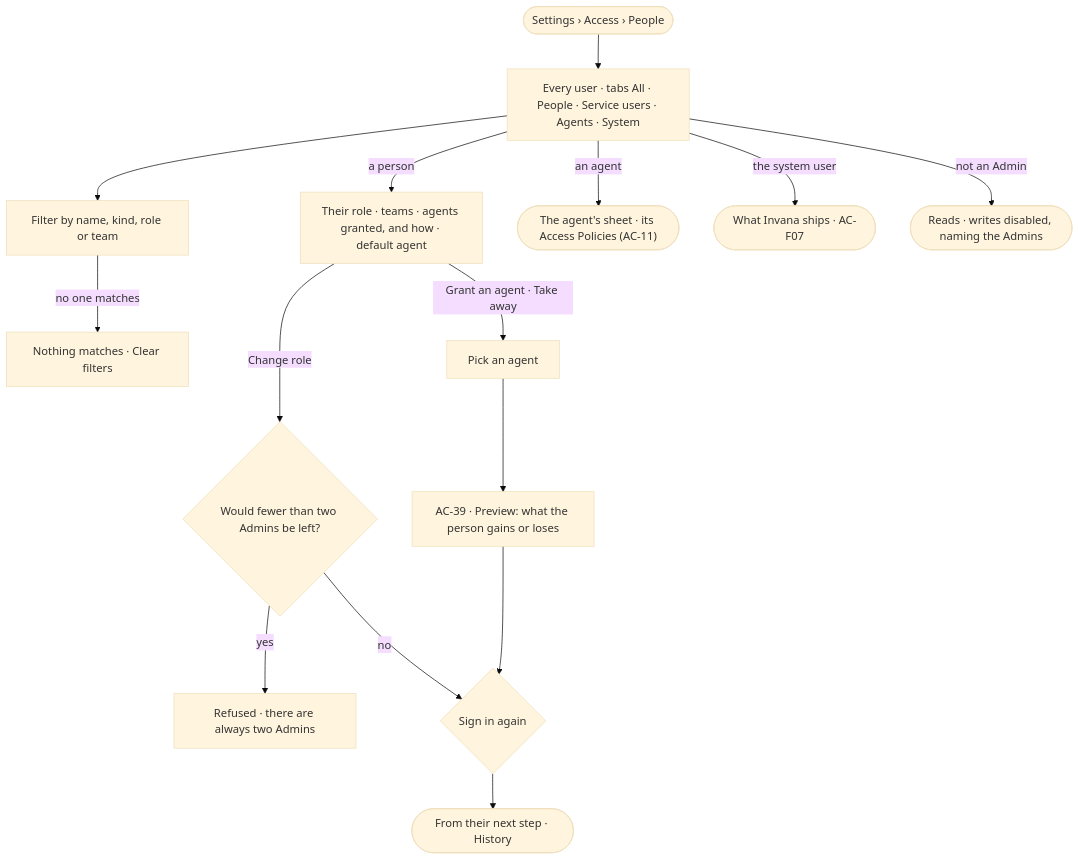
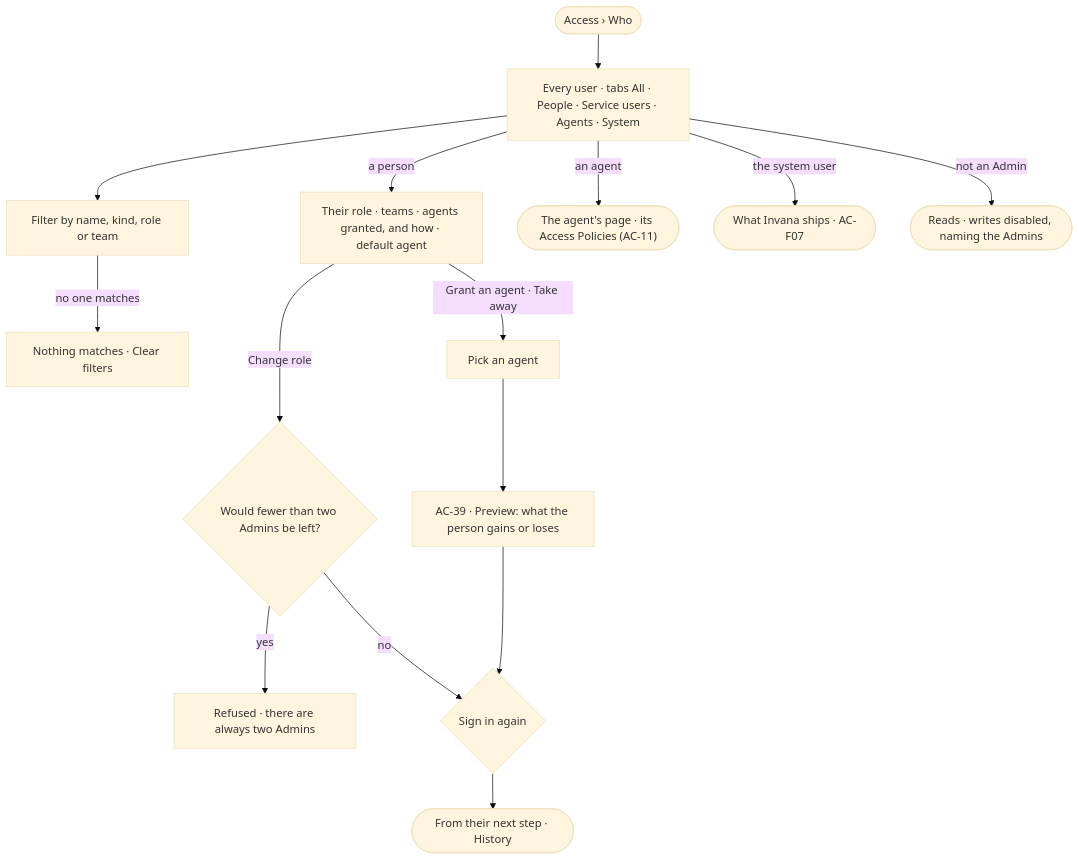
Before and after one commit to invana/invana: the diagram in specs/os/access/features/AC-F03-directory/stories/AC-22-see-every-user-and-set-a-persons-role/story.md, drawn with Mermaid (base theme). The commit also changed other lines of this file and 133 other files, not shown here.

````diff
--- a/specs/os/access/features/AC-F03-directory/stories/AC-22-see-every-user-and-set-a-persons-role/story.md
+++ b/specs/os/access/features/AC-F03-directory/stories/AC-22-see-every-user-and-set-a-persons-role/story.md
@@ -27,15 +27,15 @@
 ```mermaid
 flowchart TD
-  s([Settings › Access › People]) --> l["Every user · tabs All · People · Service users · Agents · System"]
+  s([Access › Who]) --> l["Every user · tabs All · People · Service users · Agents · System"]
   l --> f["Filter by name, kind, role or team"]
   f -->|no one matches| fe["Nothing matches · Clear filters"]
   l -->|a person| p["Their role · teams · agents granted, and how · default agent"]
   p -->|Change role| r{"Would fewer than two Admins be left?"}
   r -->|yes| rr["Refused · there are always two Admins"]
   r -->|no| pw{"Sign in again"}
   pw --> ok(["From their next step · History"])
   p -->|Grant an agent · Take away| g["Pick an agent"] --> gp["AC-39 · Preview: what the person gains or loses"] --> pw
-  l -->|an agent| a(["The agent's sheet · its Access Policies (AC-11)"])
+  l -->|an agent| a(["The agent's page · its Access Policies (AC-11)"])
   l -->|the system user| sys(["What Invana ships · AC-F07"])
   l -->|not an Admin| ro(["Reads · writes disabled, naming the Admins"])
 ```
````
